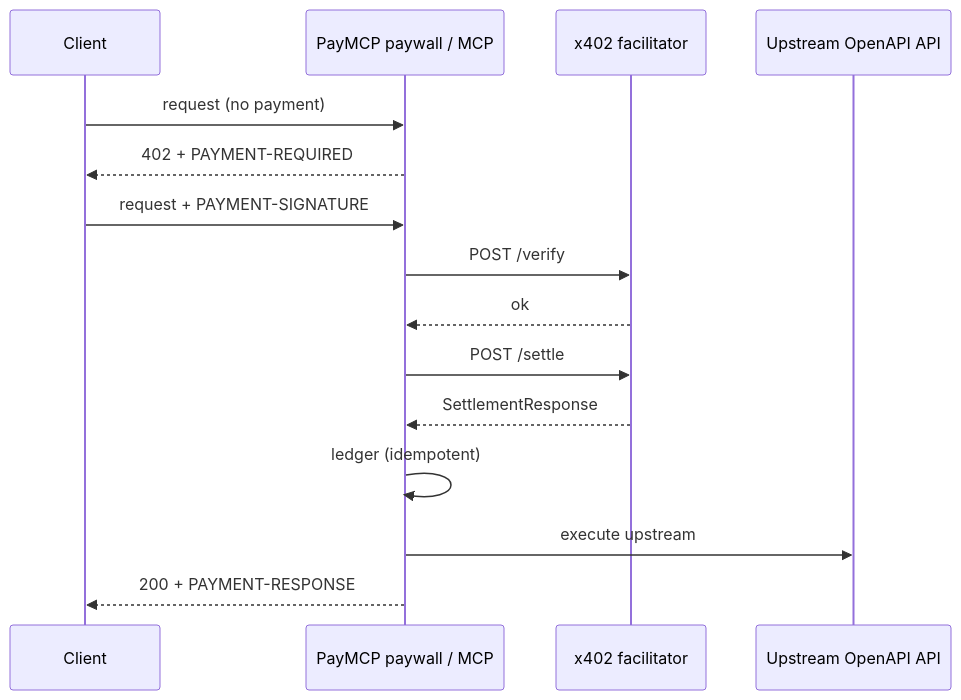
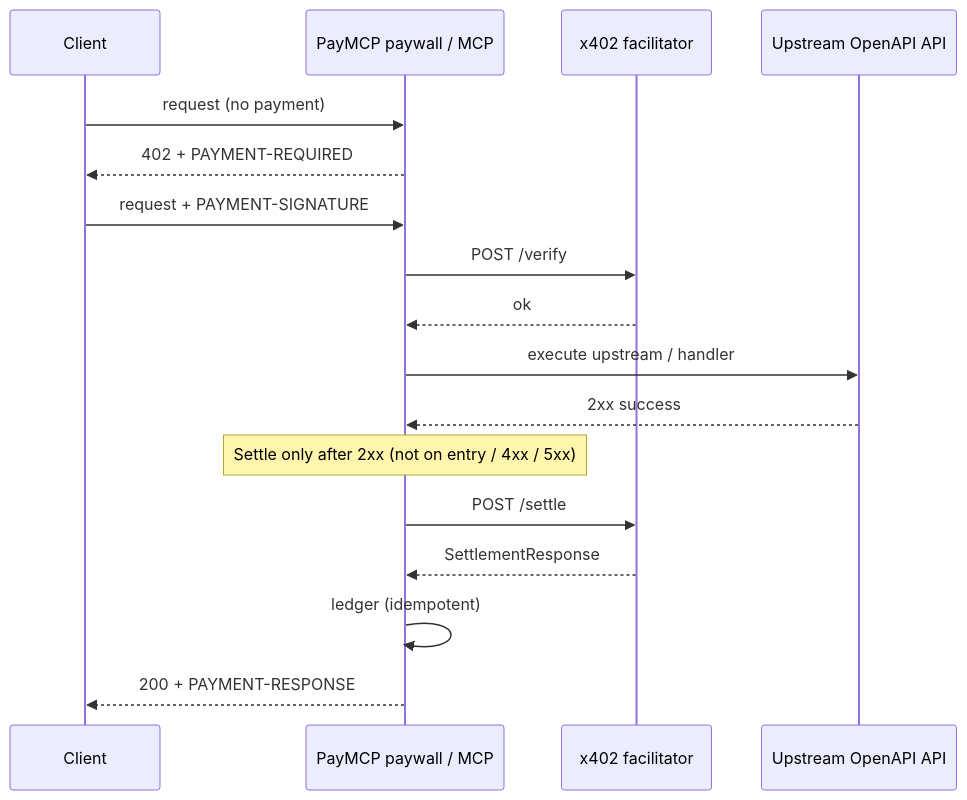
The diagram in README.md (ranjan2829/PayMCP), drawn with Mermaid before and after one commit. The commit also changed other lines of this file and 5 other files, not shown here.

First line of the commit message:
feat: settle only after successful 2xx response (#1)

````diff
--- a/README.md
+++ b/README.md
@@ -35,18 +35,20 @@
 ```mermaid
 sequenceDiagram
   participant Client
   participant PayMCP as PayMCP paywall / MCP
   participant Fac as x402 facilitator
   participant Up as Upstream OpenAPI API
 
   Client->>PayMCP: request (no payment)
   PayMCP-->>Client: 402 + PAYMENT-REQUIRED
   Client->>PayMCP: request + PAYMENT-SIGNATURE
   PayMCP->>Fac: POST /verify
   Fac-->>PayMCP: ok
+  PayMCP->>Up: execute upstream / handler
+  Up-->>PayMCP: 2xx success
+  Note over PayMCP: Settle only after 2xx (not on entry / 4xx / 5xx)
   PayMCP->>Fac: POST /settle
   Fac-->>PayMCP: SettlementResponse
   PayMCP->>PayMCP: ledger (idempotent)
-  PayMCP->>Up: execute upstream
   PayMCP-->>Client: 200 + PAYMENT-RESPONSE
 ```
````
